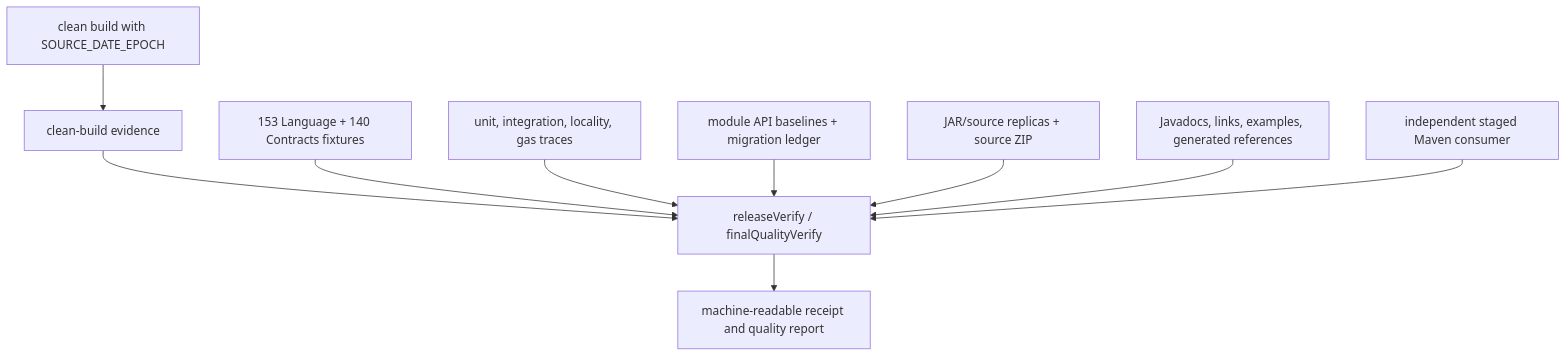
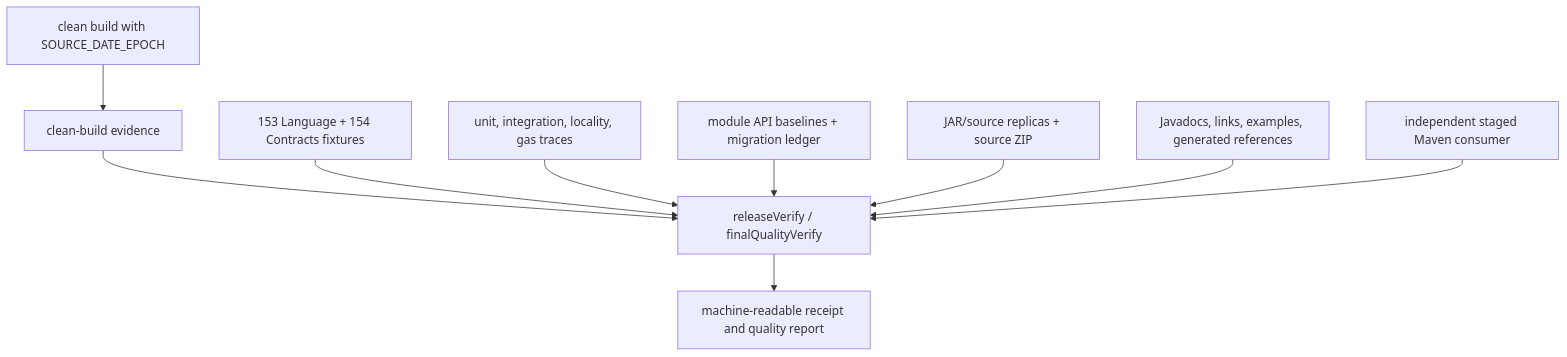
The diagram in docs/architecture/conformance-and-release.md (bluecontract/blue-language-java), drawn with Mermaid before and after one commit. The commit also changed 23 other files, not shown here.

````diff
--- a/docs/architecture/conformance-and-release.md
+++ b/docs/architecture/conformance-and-release.md
@@ -7,12 +7,12 @@
 ```mermaid
 flowchart TD
     Clean["clean build with SOURCE_DATE_EPOCH"] --> Marker["clean-build evidence"]
     Marker --> Verify["releaseVerify / finalQualityVerify"]
-    Fixtures["153 Language + 140 Contracts fixtures"] --> Verify
+    Fixtures["153 Language + 154 Contracts fixtures"] --> Verify
     Tests["unit, integration, locality, gas traces"] --> Verify
     API["module API baselines + migration ledger"] --> Verify
     Archives["JAR/source replicas + source ZIP"] --> Verify
     Docs["Javadocs, links, examples, generated references"] --> Verify
     Smoke["independent staged Maven consumer"] --> Verify
     Verify --> Receipt["machine-readable receipt and quality report"]
 ```
````
